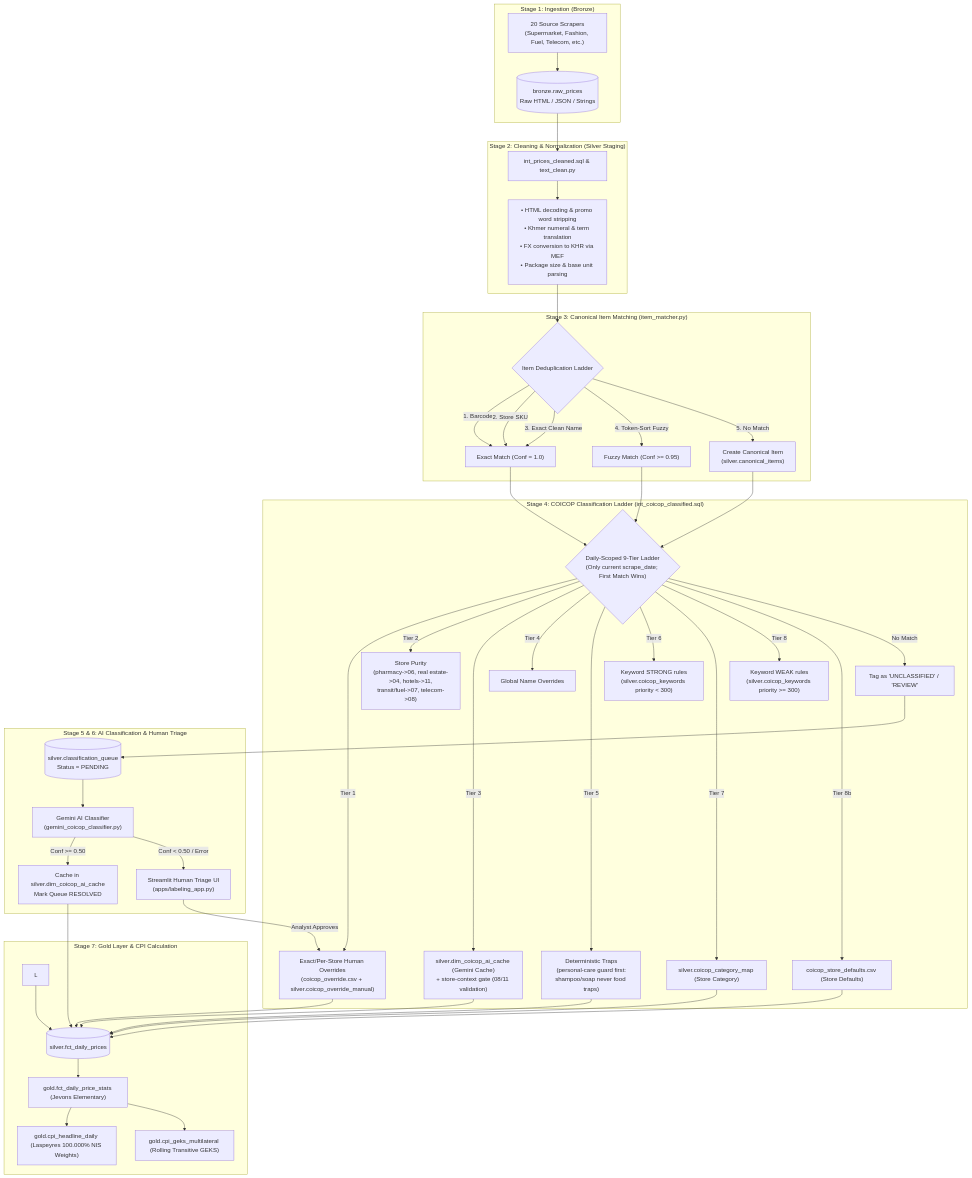
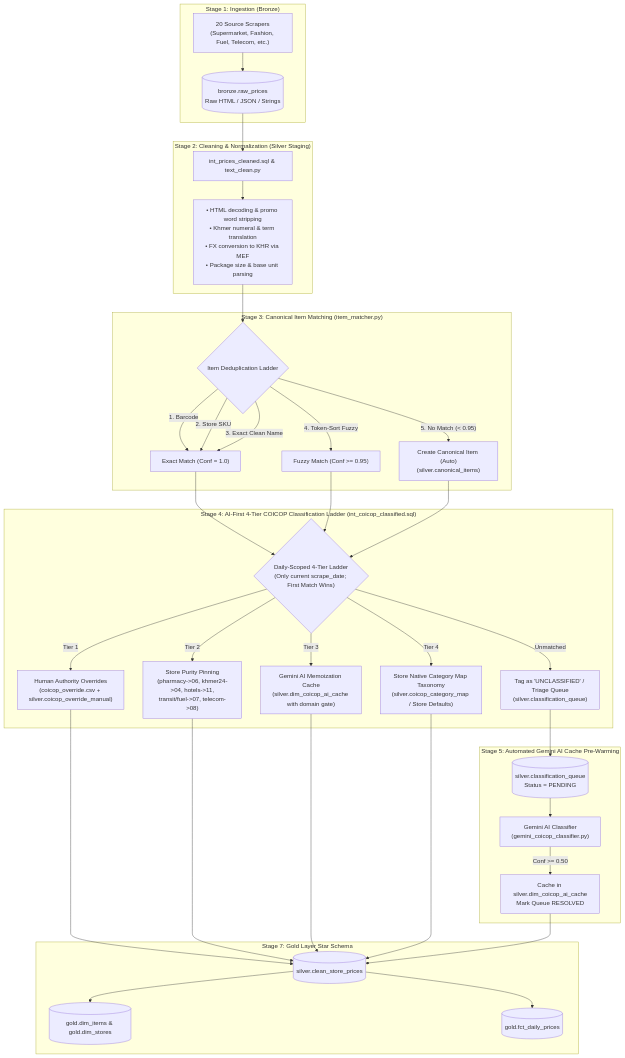
One commit to Korngmeng-Taing/Cambodia-cpi-pipeline changed the first of 3 diagrams in docs/PRODUCT_CLASSIFICATION_WORKFLOW.md. Above: the diagram before and after it, drawn with Mermaid. The commit also changed other lines of this file and 74 other files, not shown here.

Commit message:
feat: align medallion silver-gold models, AI-first COICOP classification, automated item matching, and documentation

````diff
--- a/docs/PRODUCT_CLASSIFICATION_WORKFLOW.md
+++ b/docs/PRODUCT_CLASSIFICATION_WORKFLOW.md
@@ -11,49 +15,41 @@
 ```mermaid
 flowchart TD
     subgraph S1["Stage 1: Ingestion (Bronze)"]
         A["20 Source Scrapers\n(Supermarket, Fashion, Fuel, Telecom, etc.)"] --> B[("bronze.raw_prices\nRaw HTML / JSON / Strings")]
     end
 
     subgraph S2["Stage 2: Cleaning & Normalization (Silver Staging)"]
         B --> C["int_prices_cleaned.sql & text_clean.py"]
         C --> C1["• HTML decoding & promo word stripping\n• Khmer numeral & term translation\n• FX conversion to KHR via MEF\n• Package size & base unit parsing"]
     end
 
     subgraph S3["Stage 3: Canonical Item Matching (item_matcher.py)"]
         C1 --> D{"Item Deduplication Ladder"}
         D -- "1. Barcode" --> E["Exact Match (Conf = 1.0)"]
         D -- "2. Store SKU" --> E
         D -- "3. Exact Clean Name" --> E
         D -- "4. Token-Sort Fuzzy" --> F["Fuzzy Match (Conf >= 0.95)"]
-        D -- "5. No Match" --> G["Create Canonical Item\n(silver.canonical_items)"]
+        D -- "5. No Match (< 0.95)" --> G["Create Canonical Item (Auto)\n(silver.canonical_items)"]
     end
 
-    subgraph S4["Stage 4: COICOP Classification Ladder (int_coicop_classified.sql)"]
-        E & F & G --> H{"Daily-Scoped 9-Tier Ladder\n(Only current scrape_date; First Match Wins)"}
-        H -- "Tier 1" --> I["Exact/Per-Store Human Overrides\n(coicop_override.csv + silver.coicop_override_manual)"]
-        H -- "Tier 2" --> I2["Store Purity\n(pharmacy->06, real estate->04, hotels->11,\ntransit/fuel->07, telecom->08)"]
-        H -- "Tier 3" --> J["silver.dim_coicop_ai_cache (Gemini Cache)\n+ store-context gate (08/11 validation)"]
-        H -- "Tier 4" --> J2["Global Name Overrides"]
-        H -- "Tier 5" --> K["Deterministic Traps\n(personal-care guard first:\nshampoo/soap never food traps)"]
-        H -- "Tier 6" --> L1["Keyword STRONG rules\n(silver.coicop_keywords priority < 300)"]
-        H -- "Tier 7" --> M["silver.coicop_category_map (Store Category)"]
-        H -- "Tier 8" --> L2["Keyword WEAK rules\n(silver.coicop_keywords priority >= 300)"]
-        H -- "Tier 8b" --> N["coicop_store_defaults.csv (Store Defaults)"]
-        H -- "No Match" --> O["Tag as 'UNCLASSIFIED' / 'REVIEW'"]
+    subgraph S4["Stage 4: AI-First 4-Tier COICOP Classification Ladder (int_coicop_classified.sql)"]
+        E & F & G --> H{"Daily-Scoped 4-Tier Ladder\n(Only current scrape_date; First Match Wins)"}
+        H -- "Tier 1" --> I["Human Authority Overrides\n(coicop_override.csv + silver.coicop_override_manual)"]
+        H -- "Tier 2" --> I2["Store Purity Pinning\n(pharmacy->06, khmer24->04, hotels->11,\ntransit/fuel->07, telecom->08)"]
+        H -- "Tier 3" --> J["Gemini AI Memoization Cache\n(silver.dim_coicop_ai_cache with domain gate)"]
+        H -- "Tier 4" --> M["Store Native Category Map Taxonomy\n(silver.coicop_category_map / Store Defaults)"]
+        H -- "Unmatched" --> O["Tag as 'UNCLASSIFIED' / Triage Queue\n(silver.classification_queue)"]
     end
 
-    subgraph S5["Stage 5 & 6: AI Classification & Human Triage"]
+    subgraph S5["Stage 5: Automated Gemini AI Cache Pre-Warming"]
         O --> P[("silver.classification_queue\nStatus = PENDING")]
         P --> Q["Gemini AI Classifier\n(gemini_coicop_classifier.py)"]
         Q -- "Conf >= 0.50" --> R["Cache in silver.dim_coicop_ai_cache\nMark Queue RESOLVED"]
-        Q -- "Conf < 0.50 / Error" --> S["Streamlit Human Triage UI\n(apps/labeling_app.py)"]
-        S -- "Analyst Approves" --> I
     end
 
-    subgraph S7["Stage 7: Gold Layer & CPI Calculation"]
-        I & J & K & L & M & N & R --> T[("silver.fct_daily_prices")]
-        T --> U["gold.fct_daily_price_stats (Jevons Elementary)"]
-        U --> V["gold.cpi_headline_daily (Laspeyres 100.000% NIS Weights)"]
-        U --> W["gold.cpi_geks_multilateral (Rolling Transitive GEKS)"]
+    subgraph S7["Stage 7: Gold Layer Star Schema"]
+        I & I2 & J & M & R --> T[("silver.clean_store_prices")]
+        T --> U[("gold.dim_items & gold.dim_stores")]
+        T --> V[("gold.fct_daily_prices")]
     end
 ```
````
